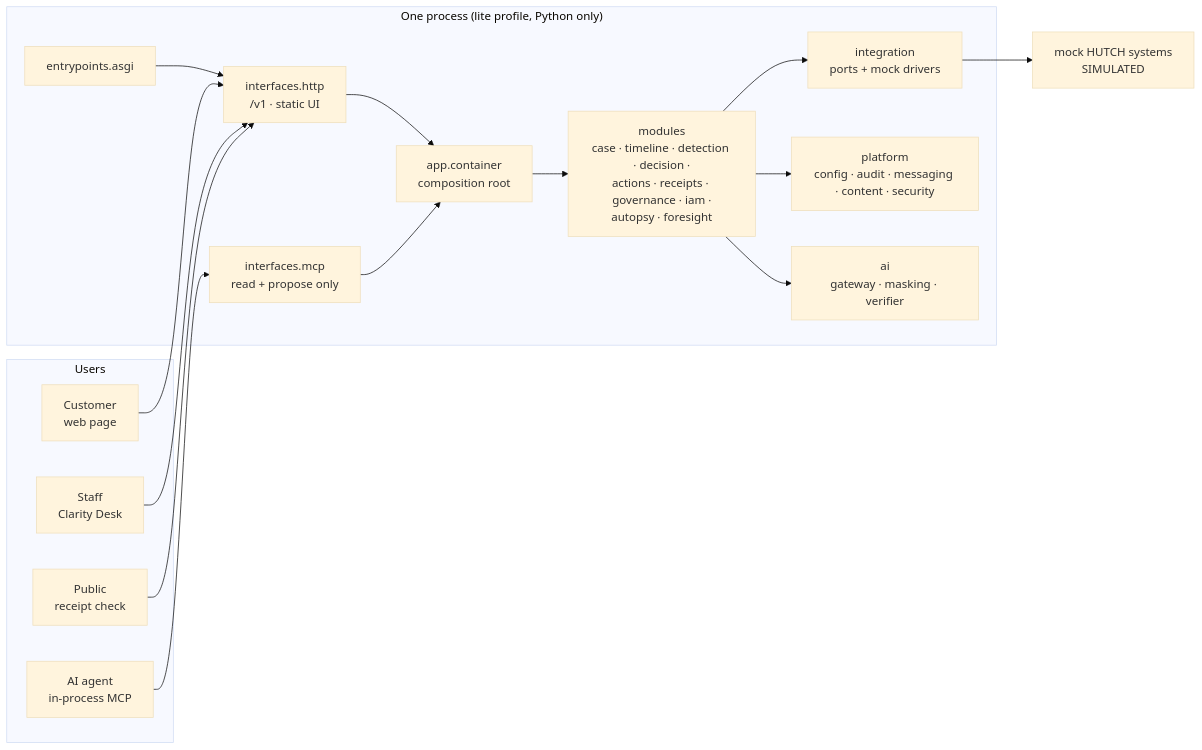
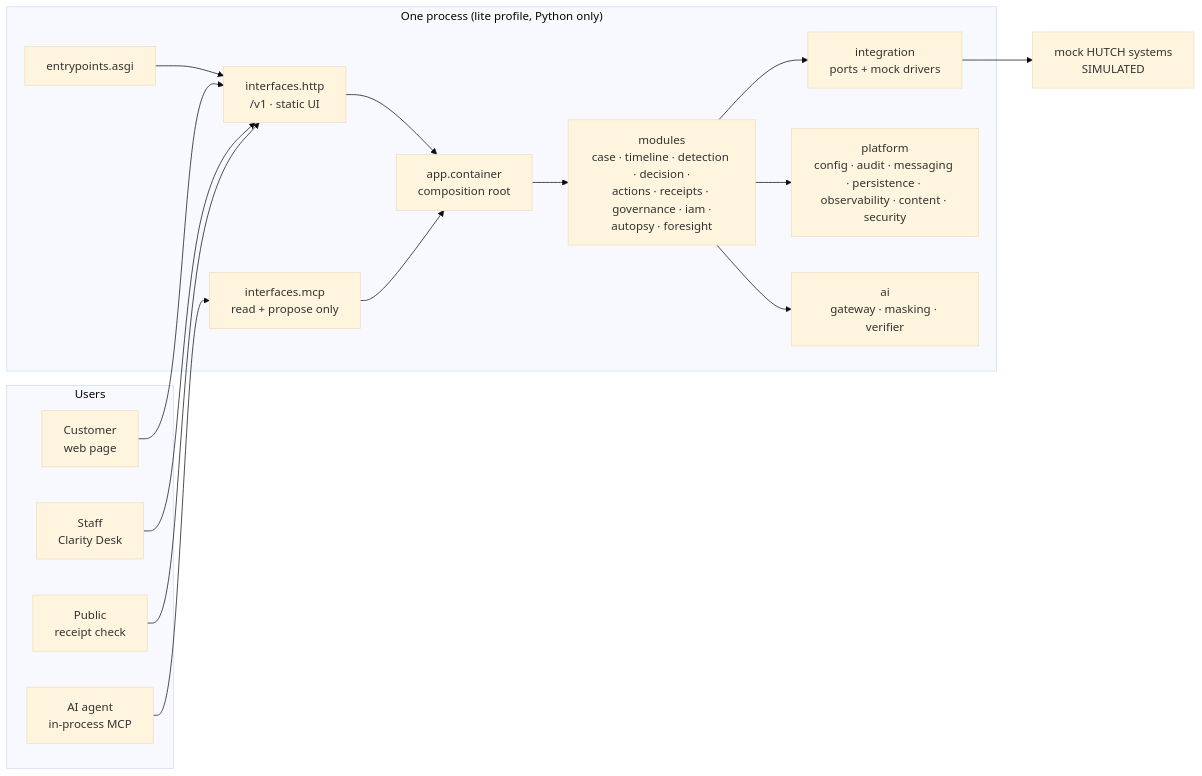
The diagram in ARCHITECTURE.md (Pasidu-Mihiranga/HutchClarity), drawn with Mermaid (base theme) before and after one commit. The commit also changed other lines of this file and 10 other files, not shown here.

````diff
--- a/ARCHITECTURE.md
+++ b/ARCHITECTURE.md
@@ -11,31 +11,31 @@
 ```mermaid
 flowchart LR
     subgraph Users
         C["Customer<br/>web page"]
         S["Staff<br/>Clarity Desk"]
         P["Public<br/>receipt check"]
         AG["AI agent<br/>in-process MCP"]
     end
     subgraph Process["One process (lite profile, Python only)"]
         ENT["entrypoints.asgi"]
         HTTP["interfaces.http<br/>/v1 · static UI"]
         MCP["interfaces.mcp<br/>read + propose only"]
         APP["app.container<br/>composition root"]
         MOD["modules<br/>case · timeline · detection · decision ·<br/>actions · receipts · governance · iam ·<br/>autopsy · foresight"]
         AI["ai<br/>gateway · masking · verifier"]
-        PLT["platform<br/>config · audit · messaging · content · security"]
+        PLT["platform<br/>config · audit · messaging · persistence · observability · content · security"]
         INT["integration<br/>ports + mock drivers"]
     end
     SIM["mock HUTCH systems<br/>SIMULATED"]
     C --> HTTP
     S --> HTTP
     P --> HTTP
     AG --> MCP
     ENT --> HTTP
     HTTP --> APP
     MCP --> APP
     APP --> MOD
     MOD --> AI
     MOD --> PLT
     MOD --> INT --> SIM
 ```
````
